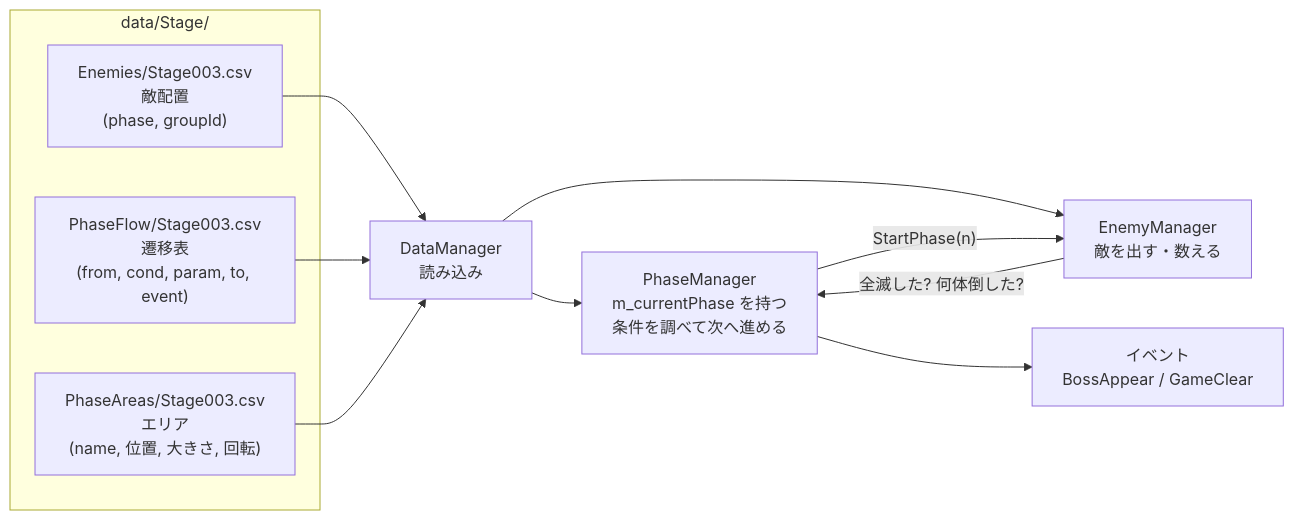
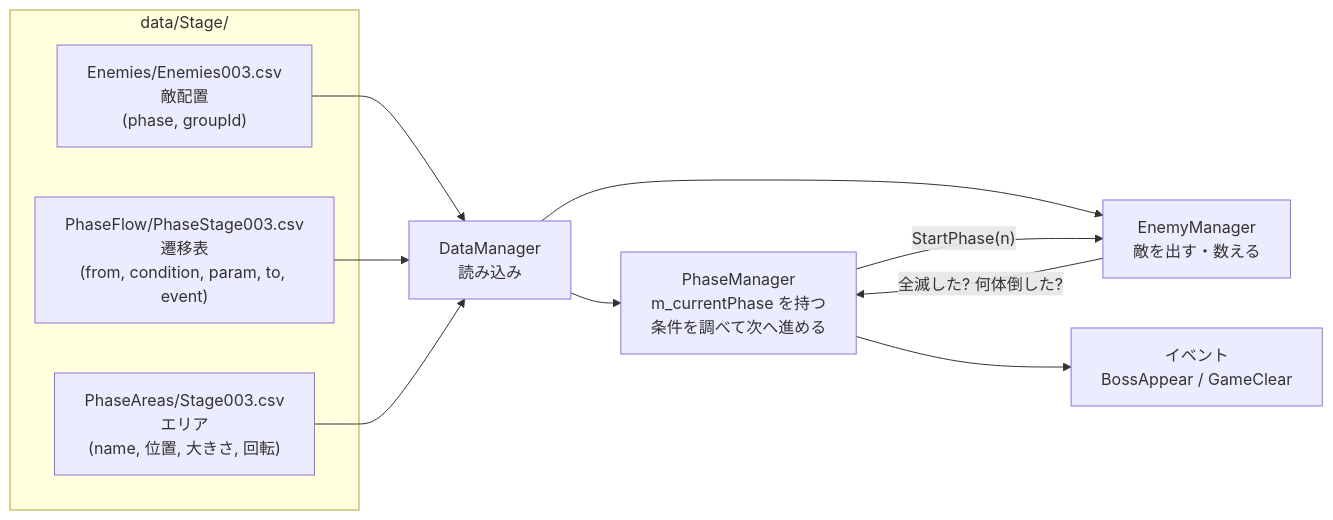
The first of 5 diagrams in 進捗/フェーズ進行_設計メモ.md (hir4rin/2026_winter), drawn with Mermaid before and after one commit. The commit also changed other lines of this file and 17 other files, not shown here.

````diff
--- a/進捗/フェーズ進行_設計メモ.md
+++ b/進捗/フェーズ進行_設計メモ.md
@@ -10,22 +10,22 @@
 ```mermaid
 flowchart LR
     subgraph CSV["data/Stage/"]
-        E["Enemies/Stage003.csv<br/>敵配置<br/>(phase, groupId)"]
-        F["PhaseFlow/Stage003.csv<br/>遷移表<br/>(from, cond, param, to, event)"]
+        E["Enemies/Enemies003.csv<br/>敵配置<br/>(phase, groupId)"]
+        F["PhaseFlow/PhaseStage003.csv<br/>遷移表<br/>(from, condition, param, to, event)"]
         A["PhaseAreas/Stage003.csv<br/>エリア<br/>(name, 位置, 大きさ, 回転)"]
     end
 
     DM["DataManager<br/>読み込み"]
     PM["PhaseManager<br/>m_currentPhase を持つ<br/>条件を調べて次へ進める"]
     EM["EnemyManager<br/>敵を出す・数える"]
     EV["イベント<br/>BossAppear / GameClear"]
 
     E --> DM
     F --> DM
     A --> DM
     DM --> PM
     DM --> EM
     PM -- "StartPhase(n)" --> EM
     EM -- "全滅した? 何体倒した?" --> PM
     PM --> EV
 ```
````
